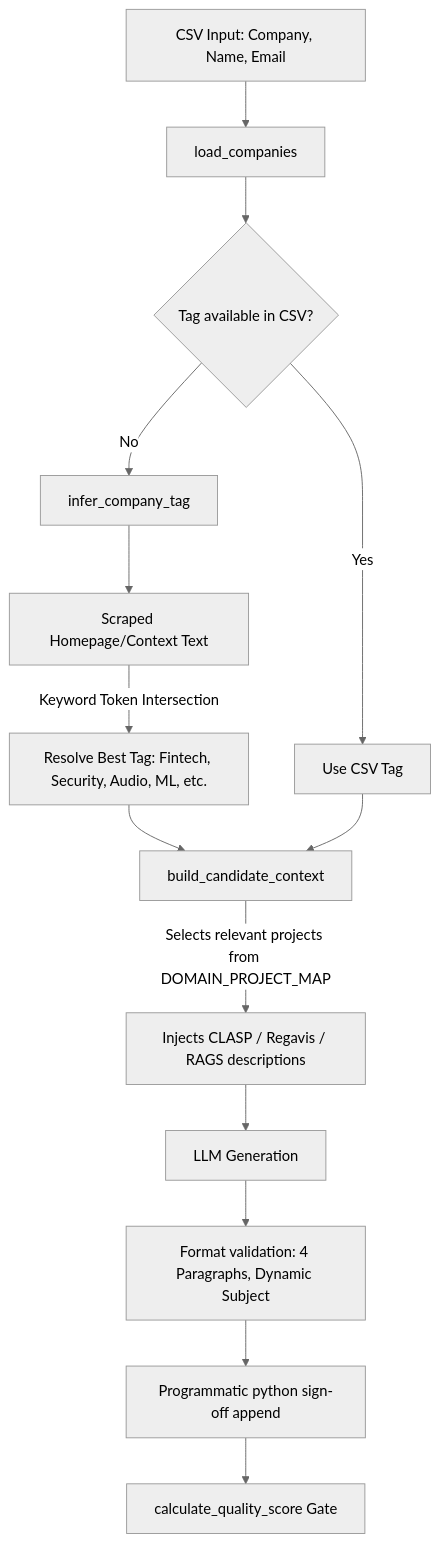
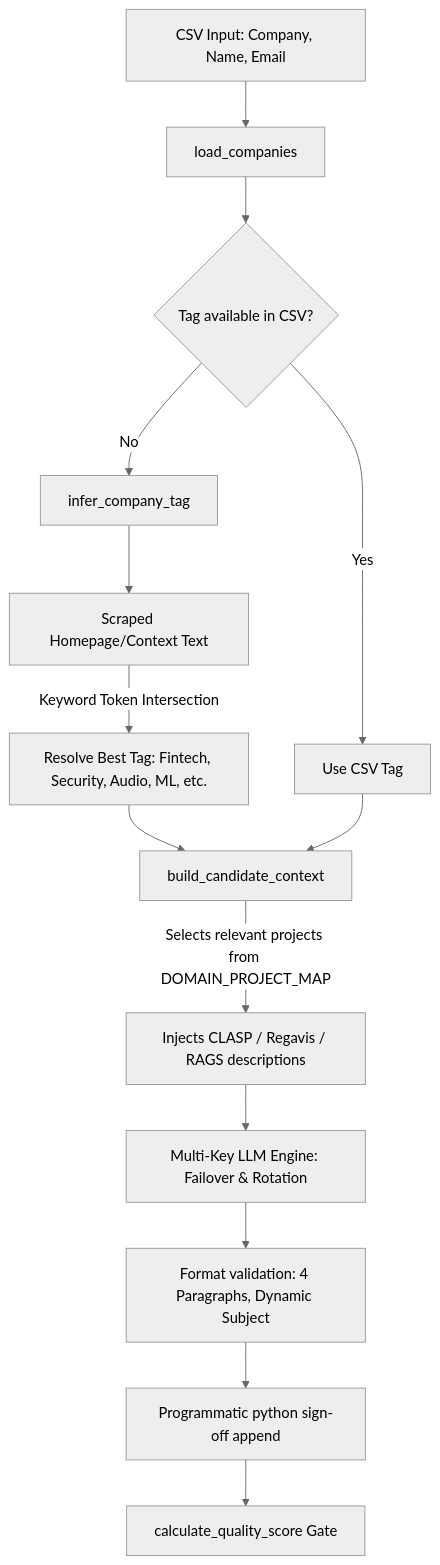
One commit to zibranxo/auto-mailer changed the diagram in README.md. Above: the diagram before and after it, drawn with Mermaid (neutral theme). The commit also changed other lines of this file, not shown here.

Commit message:
docs: update README with multi-key failover and ML/Systems outreach details

````diff
--- a/README.md
+++ b/README.md
@@ -22,16 +22,16 @@
 ```mermaid
 graph TD
     A[CSV Input: Company, Name, Email] --> B[load_companies]
     B --> C{Tag available in CSV?}
     C -- No --> D[infer_company_tag]
     D --> E[Scraped Homepage/Context Text]
     E -->|Keyword Token Intersection| F[Resolve Best Tag: Fintech, Security, Audio, ML, etc.]
     C -- Yes --> G[Use CSV Tag]
     F --> H[build_candidate_context]
     G --> H
     H -->|Selects relevant projects from DOMAIN_PROJECT_MAP| I[Injects CLASP / Regavis / RAGS descriptions]
-    I --> J[LLM Generation]
+    I --> J[Multi-Key LLM Engine: Failover & Rotation]
     J --> K[Format validation: 4 Paragraphs, Dynamic Subject]
     K --> L[Programmatic python sign-off append]
     L --> M[calculate_quality_score Gate]
 ```
````
